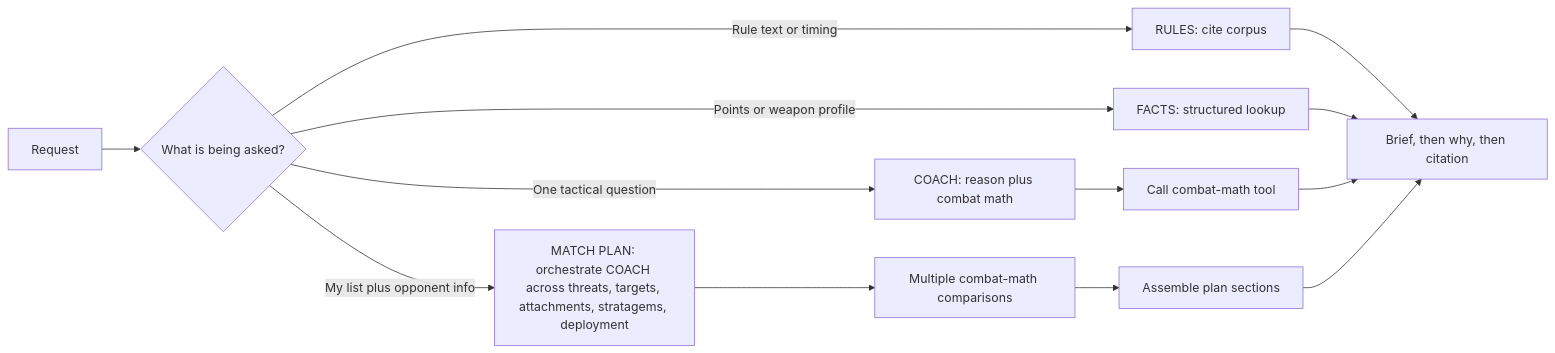
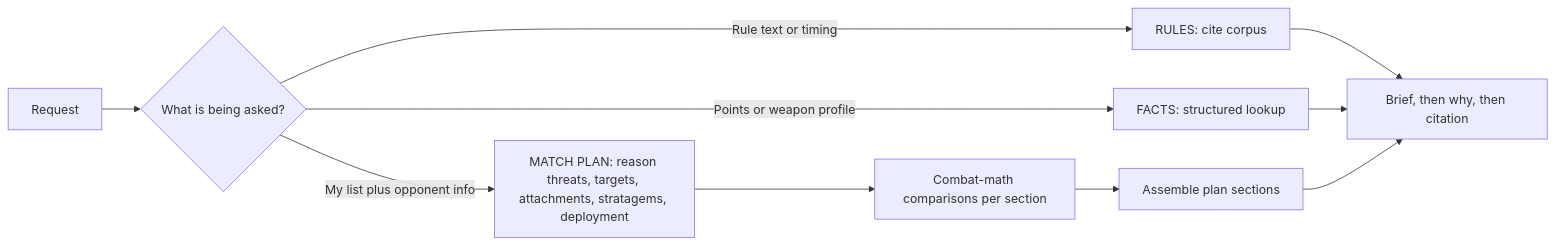
Before and after one commit to Tyberium/ai-pharius: the third of 3 diagrams in docs/design.md, drawn with Mermaid. The commit also changed other lines of this file and 4 other files, not shown here.

First line of the commit message:
Remove COACH as a separate mode; fold reasoning into Match Plan

````diff
--- a/docs/design.md
+++ b/docs/design.md
@@ -200,16 +195,13 @@
 ```mermaid
 flowchart LR
     q[Request] --> classify{What is being asked?}
     classify -->|"Rule text or timing"| rules[RULES: cite corpus]
     classify -->|"Points or weapon profile"| facts[FACTS: structured lookup]
-    classify -->|"One tactical question"| coach["COACH: reason plus combat math"]
-    classify -->|"My list plus opponent info"| plan["MATCH PLAN: orchestrate COACH across threats, targets, attachments, stratagems, deployment"]
+    classify -->|"My list plus opponent info"| plan["MATCH PLAN: reason threats, targets, attachments, stratagems, deployment"]
 
     rules --> answer["Brief, then why, then citation"]
     facts --> answer
-    coach --> mathCalc[Call combat-math tool]
-    mathCalc --> answer
-    plan --> planMath[Multiple combat-math comparisons]
+    plan --> planMath[Combat-math comparisons per section]
     planMath --> planAssemble[Assemble plan sections]
     planAssemble --> answer
 ```
````
